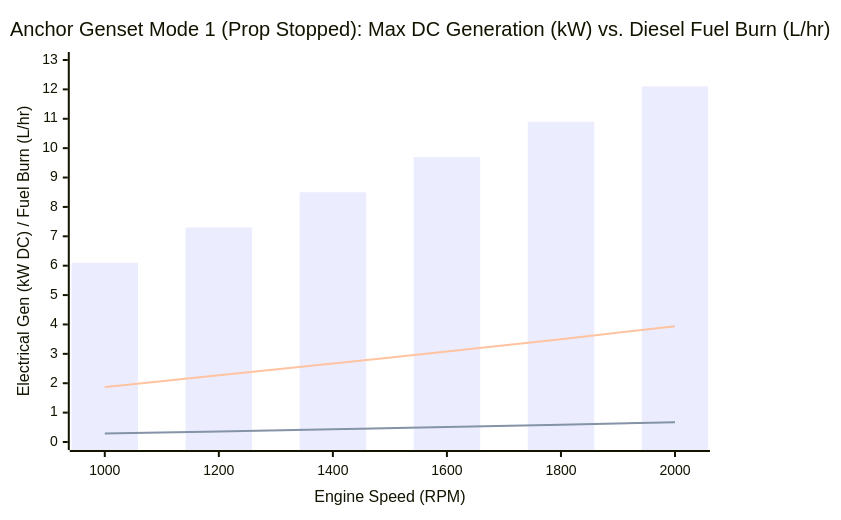
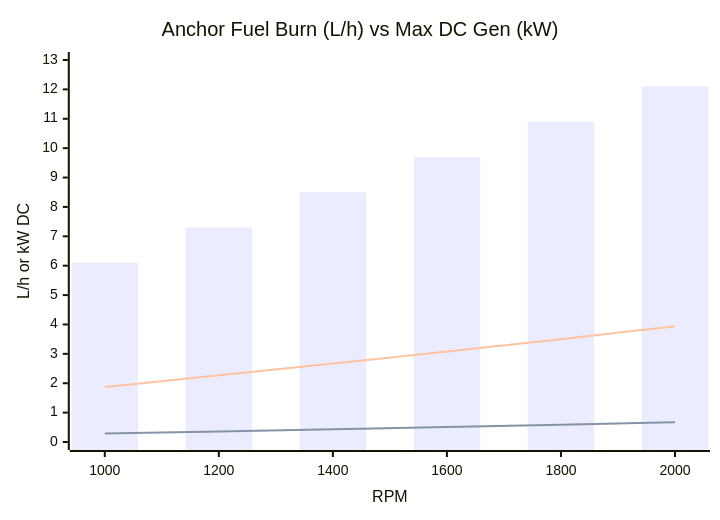
One commit to boats-boats-boats/flux-shaft changed the third of 3 diagrams in parallel-hybrid-propulsion-regen-guide.md. Above: the diagram before and after it, drawn with Mermaid. The commit also changed other lines of this file and 1 other file, not shown here.

Commit message:
Shorten Mermaid chart titles and axis labels to prevent clipping

````diff
--- a/parallel-hybrid-propulsion-regen-guide.md
+++ b/parallel-hybrid-propulsion-regen-guide.md
@@ -219,9 +219,9 @@
 ```mermaid
 xychart-beta
-    title "Anchor Genset Mode 1 (Prop Stopped): Max DC Generation (kW) vs. Diesel Fuel Burn (L/hr)"
-    x-axis "Engine Speed (RPM)" [1000, 1200, 1400, 1600, 1800, 2000]
-    y-axis "Electrical Gen (kW DC) / Fuel Burn (L/hr)" 0 --> 13
+    title "Anchor Fuel Burn (L/h) vs Max DC Gen (kW)"
+    x-axis "RPM" [1000, 1200, 1400, 1600, 1800, 2000]
+    y-axis "L/h or kW DC" 0 --> 13
     bar [6.1, 7.3, 8.5, 9.7, 10.9, 12.1]
     line [0.29, 0.36, 0.43, 0.51, 0.59, 0.67]
     line [1.87, 2.27, 2.67, 3.08, 3.50, 3.94]
 ```
````
